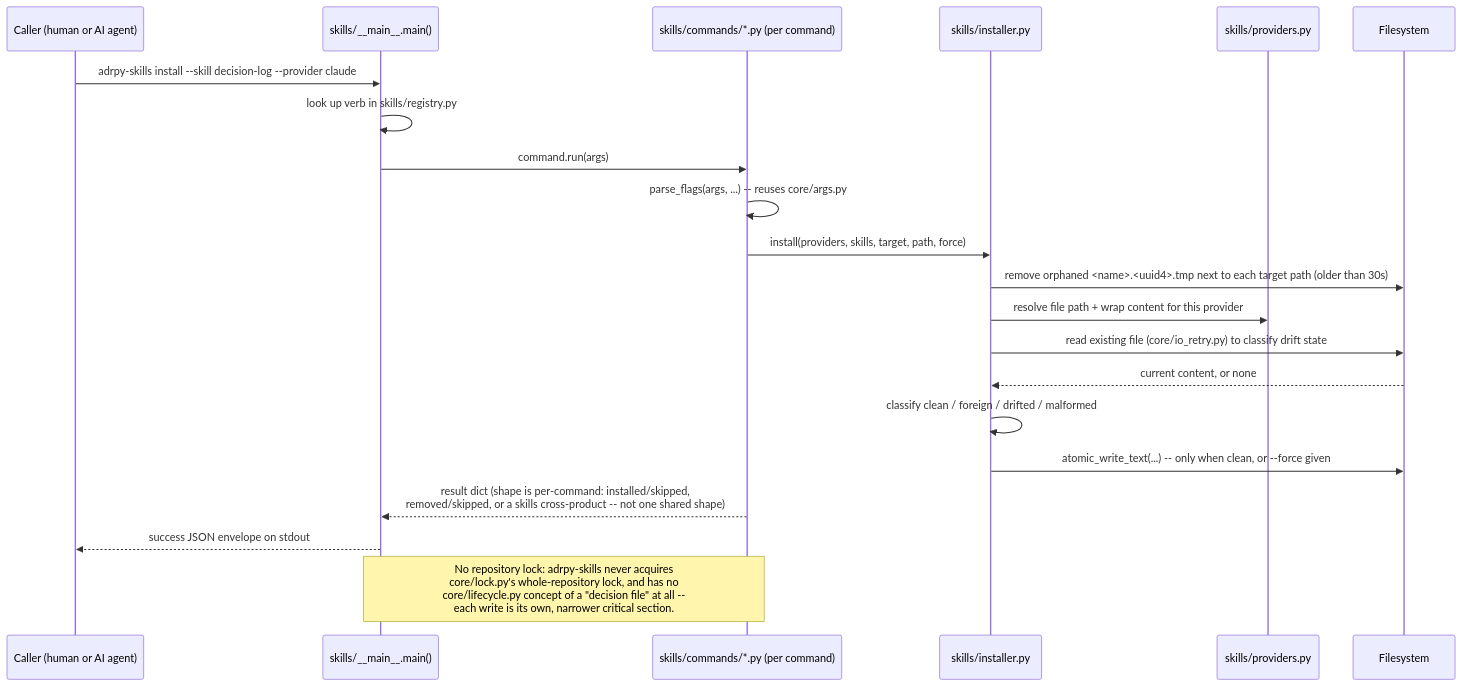
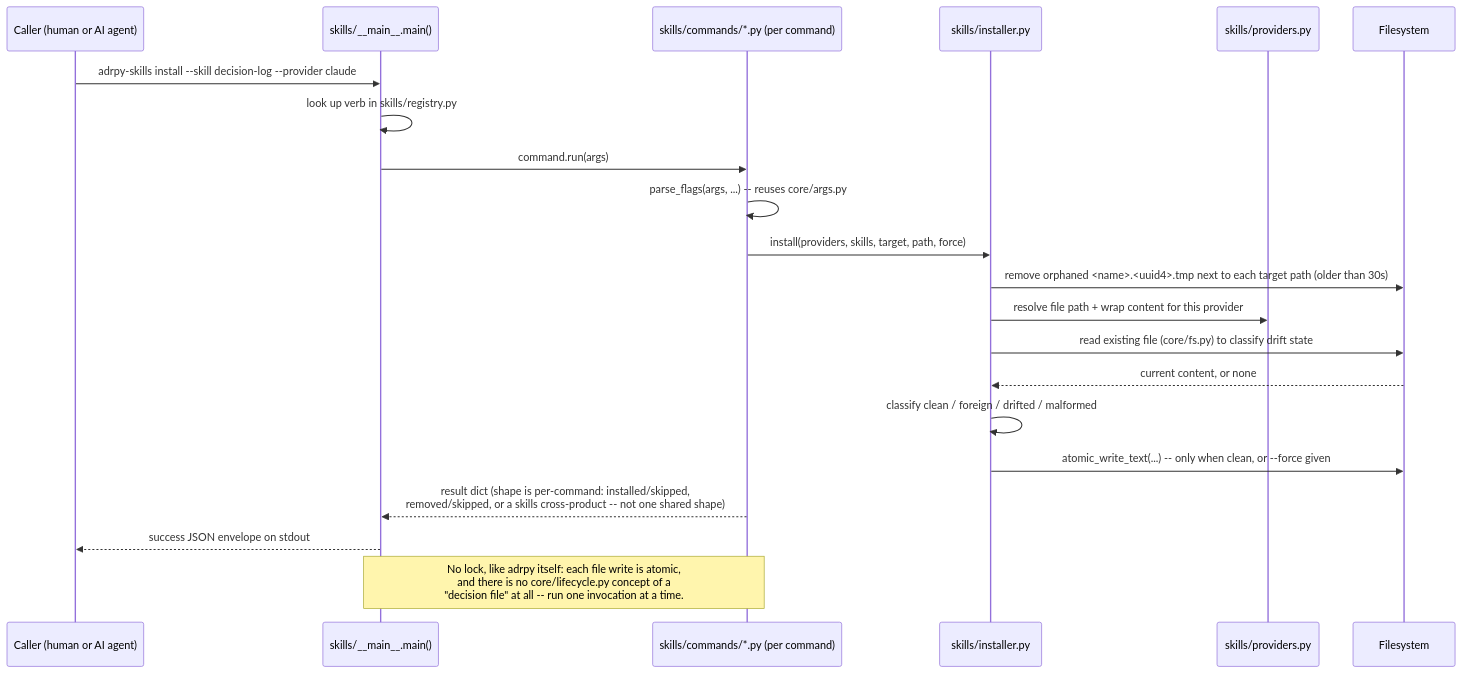
One commit to FRACerqueira/adrpy-ai changed the sixth of 6 diagrams in doc/architecture.md. Above: the diagram before and after it, drawn with Mermaid. The commit also changed other lines of this file and 65 other files, not shown here.

````diff
--- a/doc/architecture.md
+++ b/doc/architecture.md
@@ -285,25 +305,25 @@
 ```mermaid
 sequenceDiagram
     participant Caller as Caller (human or AI agent)
     participant Main as skills/__main__.main()
     participant Cmd as skills/commands/*.py (per command)
     participant Inst as skills/installer.py
     participant Prov as skills/providers.py
     participant FS as Filesystem
 
     Caller->>Main: adrpy-skills install --skill decision-log --provider claude
     Main->>Main: look up verb in skills/registry.py
     Main->>Cmd: command.run(args)
     Cmd->>Cmd: parse_flags(args, ...) -- reuses core/args.py
     Cmd->>Inst: install(providers, skills, target, path, force)
     Inst->>FS: remove orphaned <name>.<uuid4>.tmp next to each target path (older than 30s)
     Inst->>Prov: resolve file path + wrap content for this provider
-    Inst->>FS: read existing file (core/io_retry.py) to classify drift state
+    Inst->>FS: read existing file (core/fs.py) to classify drift state
     FS-->>Inst: current content, or none
     Inst->>Inst: classify clean / foreign / drifted / malformed
     Inst->>FS: atomic_write_text(...) -- only when clean, or --force given
     Cmd-->>Main: result dict (shape is per-command: installed/skipped,<br/>removed/skipped, or a skills cross-product -- not one shared shape)
     Main-->>Caller: success JSON envelope on stdout
 
-    Note over Cmd,Main: No repository lock: adrpy-skills never acquires<br/>core/lock.py's whole-repository lock, and has no<br/>core/lifecycle.py concept of a "decision file" at all --<br/>each write is its own, narrower critical section.
+    Note over Cmd,Main: No lock, like adrpy itself: each file write is atomic,<br/>and there is no core/lifecycle.py concept of a<br/>"decision file" at all -- run one invocation at a time.
 ```
````
